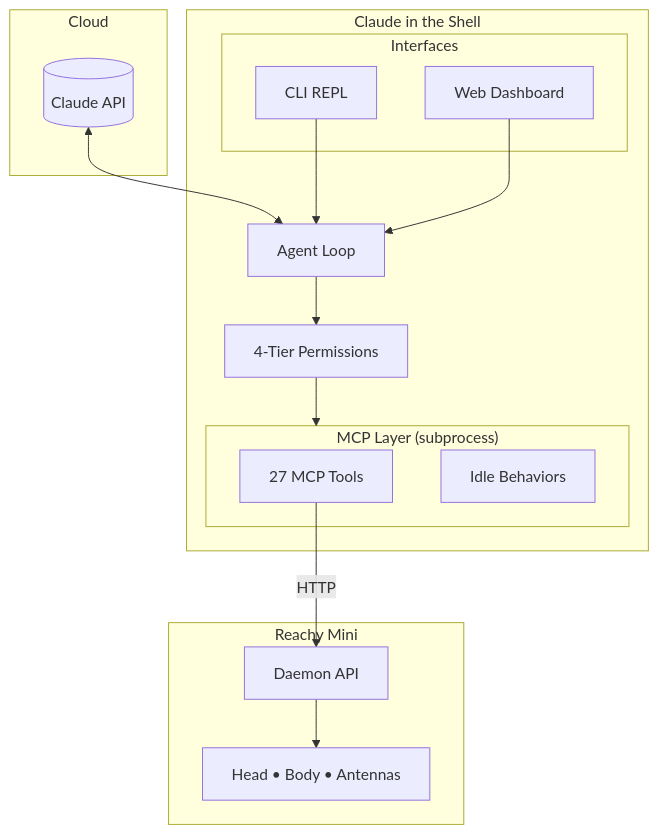
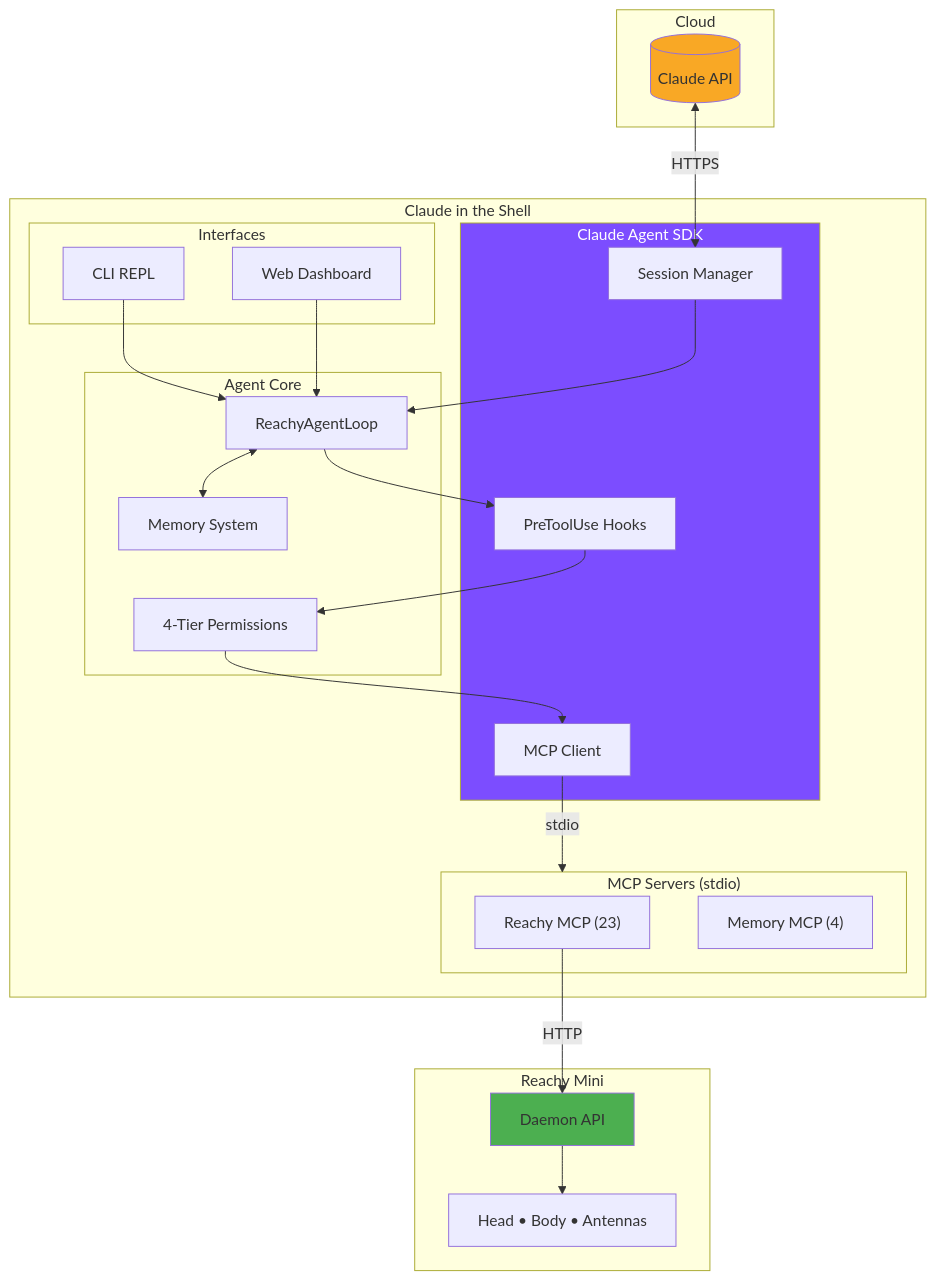
Before and after one commit to jawhnycooke/claude-in-the-shell: the first of 2 diagrams in README.md, drawn with Mermaid. The commit also changed 1 other file, not shown here.

Commit message:
docs: Enhance architecture diagram to show Claude Agent SDK components
Update both README.md and docs/index.md diagrams to clearly show:
- Claude Agent SDK with Session Manager, MCP Client, and PreToolUse Hooks
- Agent Core with ReachyAgentLoop, Permissions, and Memory System
- MCP Servers (stdio) with Reachy MCP (23) and Memory MCP (4)
- Data flow: Claude API → Session → Loop → Hooks → Permissions → MCP Client

````diff
--- a/README.md
+++ b/README.md
@@ -20,34 +20,51 @@
 ```mermaid
 flowchart TB
     subgraph Cloud["Cloud"]
         CLAUDE[("Claude API")]
     end
 
     subgraph Agent["Claude in the Shell"]
-        SDK["Agent Loop"]
-        PERM["4-Tier Permissions"]
+        subgraph SDK["Claude Agent SDK"]
+            SESSION["Session Manager"]
+            MCPCLIENT["MCP Client"]
+            HOOKS["PreToolUse Hooks"]
+        end
+
+        subgraph Core["Agent Core"]
+            LOOP["ReachyAgentLoop"]
+            PERM["4-Tier Permissions"]
+            MEM["Memory System"]
+        end
 
         subgraph Interface["Interfaces"]
             CLI["CLI REPL"]
             WEB["Web Dashboard"]
         end
 
-        subgraph MCP["MCP Layer (subprocess)"]
-            TOOLS["27 MCP Tools"]
-            IDLE["Idle Behaviors"]
+        subgraph MCP["MCP Servers (stdio)"]
+            REACHY["Reachy MCP (23)"]
+            MEMORY["Memory MCP (4)"]
         end
     end
 
     subgraph Hardware["Reachy Mini"]
         DAEMON["Daemon API"]
         ROBOT["Head • Body • Antennas"]
     end
 
-    CLAUDE <--> SDK
-    SDK --> PERM
-    PERM --> MCP
-    CLI --> SDK
-    WEB --> SDK
-    TOOLS -->|HTTP| DAEMON
+    CLAUDE <-->|HTTPS| SESSION
+    SESSION --> LOOP
+    LOOP --> HOOKS
+    HOOKS --> PERM
+    PERM --> MCPCLIENT
+    MCPCLIENT -->|stdio| MCP
+    LOOP <--> MEM
+    CLI --> LOOP
+    WEB --> LOOP
+    REACHY -->|HTTP| DAEMON
     DAEMON --> ROBOT
+
+    style SDK fill:#7c4dff,color:#fff
+    style CLAUDE fill:#f9a825
+    style DAEMON fill:#4caf50
 ```
````
